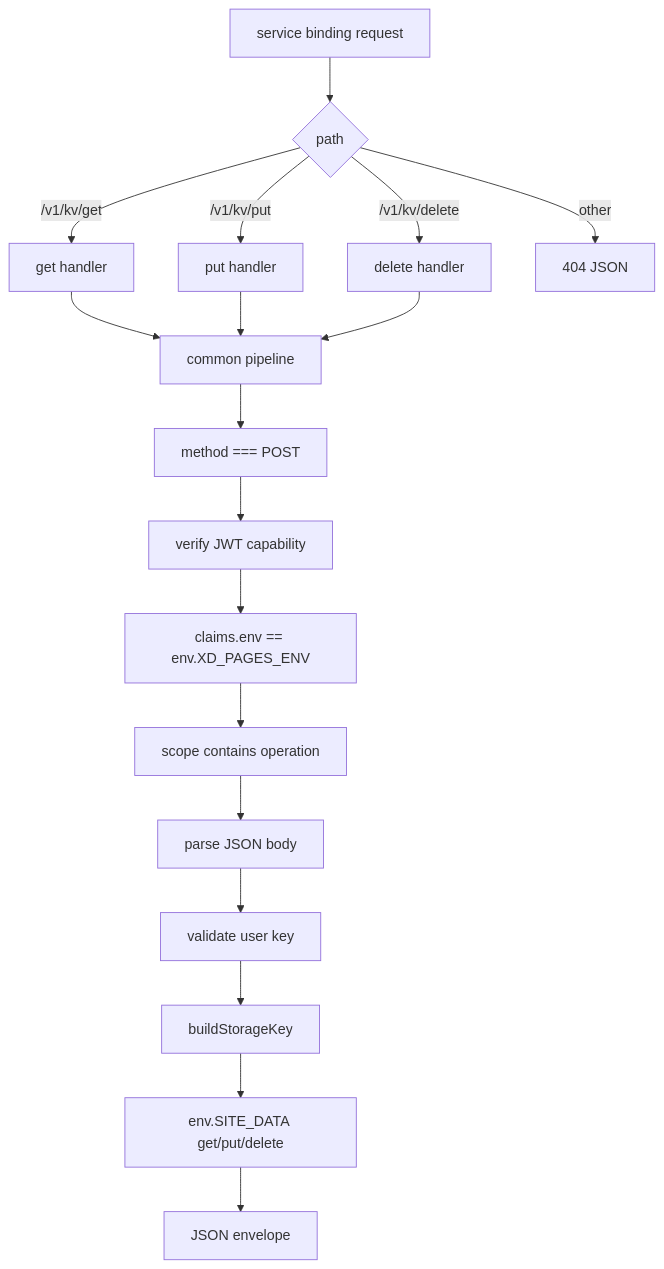
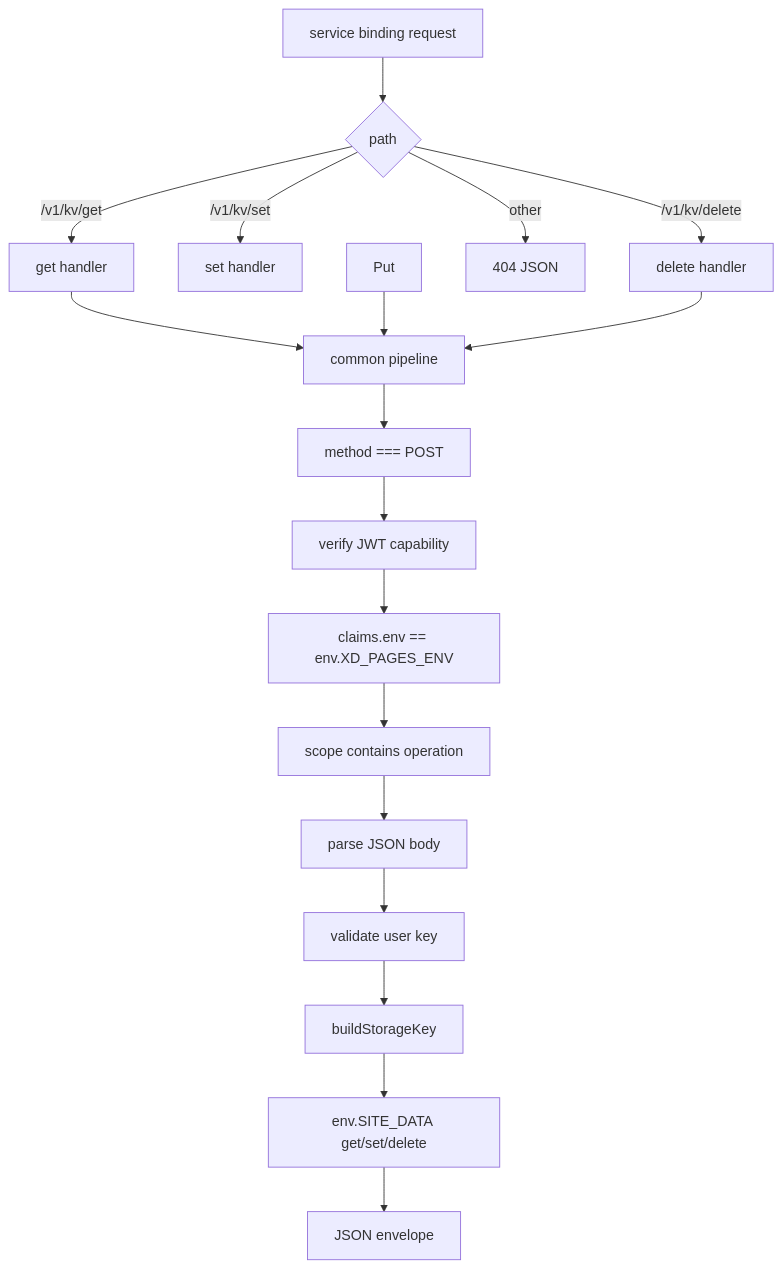
Before and after one commit to qaj701224-blip/pages-manager: the third of 3 diagrams in docs/superpowers/specs/2026-06-11-pages-kv-sdk-design.md, drawn with Mermaid. The commit also changed other lines of this file and 95 other files, not shown here.

````diff
--- a/docs/superpowers/specs/2026-06-11-pages-kv-sdk-design.md
+++ b/docs/superpowers/specs/2026-06-11-pages-kv-sdk-design.md
@@ -456,22 +456,22 @@
 ```mermaid
 flowchart TD
   Req["service binding request"] --> Route{"path"}
   Route -->|/v1/kv/get| Get["get handler"]
-  Route -->|/v1/kv/put| Put["put handler"]
+  Route -->|/v1/kv/set| Set["set handler"]
   Route -->|/v1/kv/delete| Del["delete handler"]
   Route -->|other| NotFound["404 JSON"]
 
   Get --> Common["common pipeline"]
   Put --> Common
   Del --> Common
 
   Common --> Method["method === POST"]
   Method --> Auth["verify JWT capability"]
   Auth --> Env["claims.env == env.XD_PAGES_ENV"]
   Env --> Scope["scope contains operation"]
   Scope --> Body["parse JSON body"]
   Body --> Key["validate user key"]
   Key --> Storage["buildStorageKey"]
-  Storage --> KV["env.SITE_DATA get/put/delete"]
+  Storage --> KV["env.SITE_DATA get/set/delete"]
   KV --> Resp["JSON envelope"]
 ```
````
